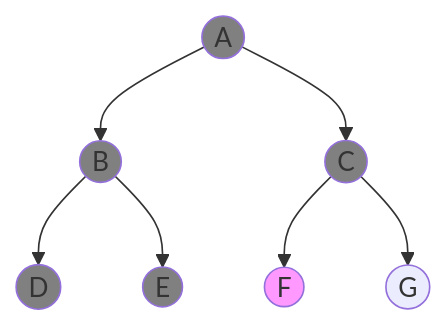
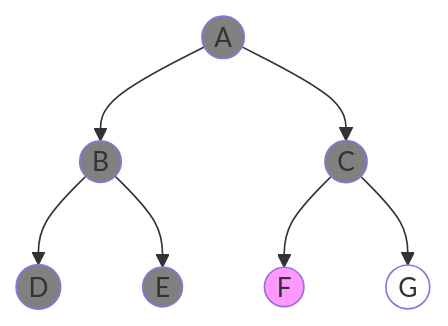
One commit to gurpreet-ai/gurpreet-ai.github.io changed the sixth of 22 diagrams in _posts/2020-04-20-Uninformed-Search-Strategies.md. Above: the diagram before and after it, drawn with Mermaid. The commit also changed other lines of this file and 3 other files, not shown here.

````diff
--- a/_posts/2020-04-20-Uninformed-Search-Strategies.md
+++ b/_posts/2020-04-20-Uninformed-Search-Strategies.md
@@ -83,15 +98,16 @@
 ```mermaid
 graph TB
 A((A)) --> B((B))
 A --> C((C))
 B --> D((D))
 B --> E((E))
 C --> F((F))
 C --> G((G))
 style A fill:#808080
 style B fill:#808080
 style C fill:#808080
 style D fill:#808080
 style E fill:#808080
 style F fill:#f9f
+style G fill:white
 ```
````
